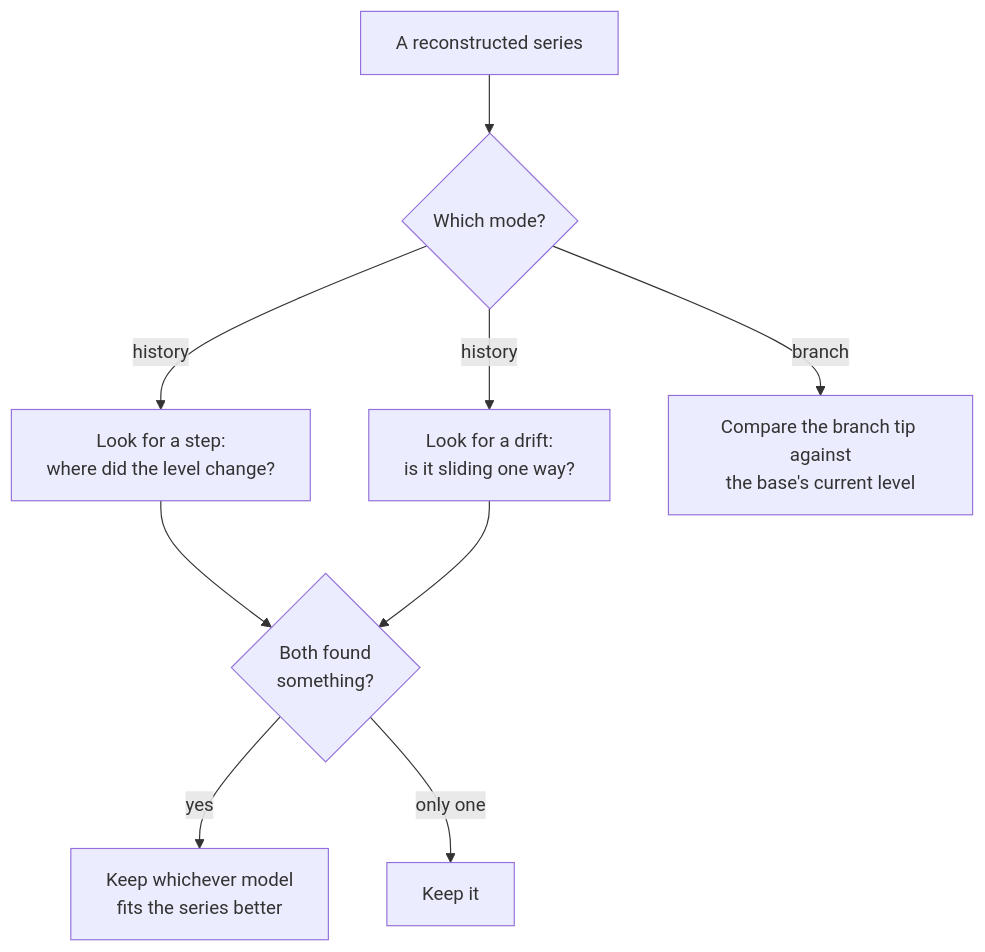
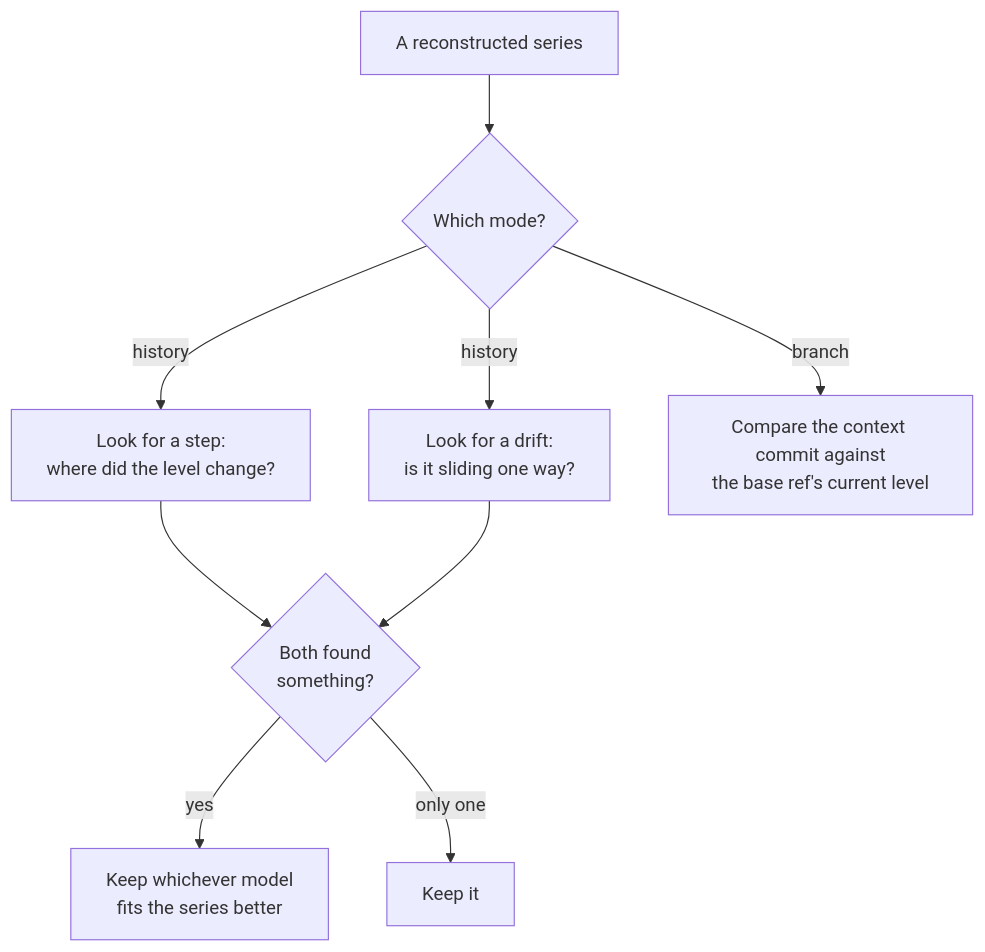
Before and after one commit to folo-rs/folo: the diagram in packages/cargo-bench-history/book/src/appendix/detection.md, drawn with Mermaid. The commit also changed other lines of this file and 43 other files, not shown here.

First line of the commit message:
cargo-bench-history: support base merged into the branch

````diff
--- a/packages/cargo-bench-history/book/src/appendix/detection.md
+++ b/packages/cargo-bench-history/book/src/appendix/detection.md
@@ -33,11 +33,11 @@
 ```mermaid
 flowchart TD
     S["A reconstructed series"] --> M{"Which mode?"}
     M -->|"history"| H1["Look for a step:<br/>where did the level change?"]
     M -->|"history"| H2["Look for a drift:<br/>is it sliding one way?"]
     H1 --> A{"Both found<br/>something?"}
     H2 --> A
     A -->|"yes"| B["Keep whichever model<br/>fits the series better"]
     A -->|"only one"| C["Keep it"]
-    M -->|"branch"| D["Compare the branch tip against<br/>the base's current level"]
+    M -->|"branch"| D["Compare the context commit against<br/>the base ref's current level"]
 ```
````
